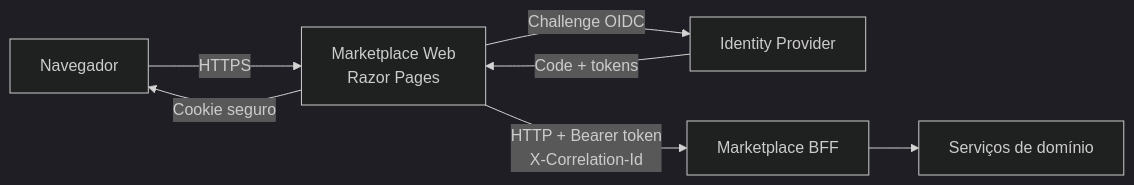
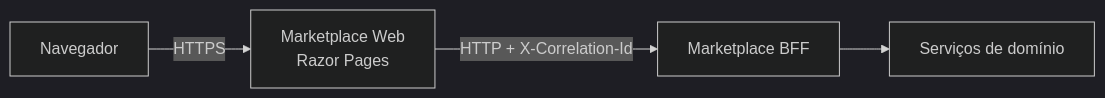
The diagram in README.md (leandrosflora/MarketplaceWeb), drawn with Mermaid (dark theme) before and after one commit. The commit also changed other lines of this file and 14 other files, not shown here.

Commit message:
Remove frontend authentication flow

````diff
--- a/README.md
+++ b/README.md
@@ -82,9 +69,6 @@
 ```mermaid
 flowchart LR
     Browser[Navegador] -->|HTTPS| Web[Marketplace Web\nRazor Pages]
-    Web -->|Challenge OIDC| IdP[Identity Provider]
-    IdP -->|Code + tokens| Web
-    Web -->|Cookie seguro| Browser
-    Web -->|HTTP + Bearer token\nX-Correlation-Id| BFF[Marketplace BFF]
+    Web -->|HTTP + X-Correlation-Id| BFF[Marketplace BFF]
     BFF --> Domain[Serviços de domínio]
 ```
````
